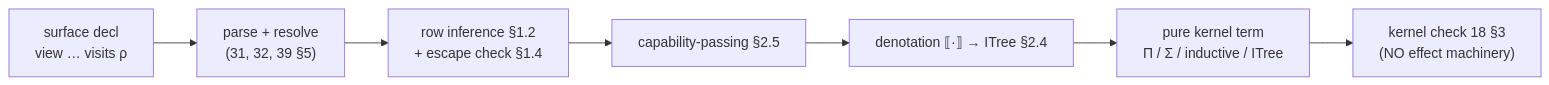
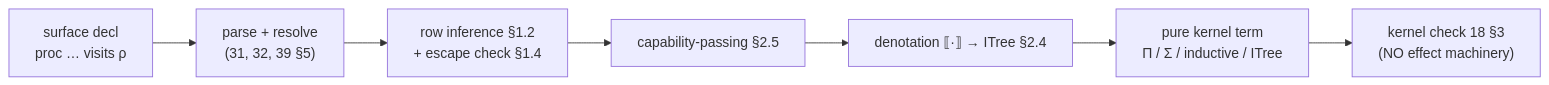
The diagram in spec/30-surface/36-effects.md (ken-topos/ken), drawn with Mermaid before and after one commit. The commit also changed other lines of this file and 5 other files, not shown here.

````diff
--- a/spec/30-surface/36-effects.md
+++ b/spec/30-surface/36-effects.md
@@ -863,9 +1113,9 @@
 ```mermaid
 flowchart LR
-  src["surface decl<br/>view … visits ρ"] --> parse["parse + resolve<br/>(31, 32, 39 §5)"]
+  src["surface decl<br/>proc … visits ρ"] --> parse["parse + resolve<br/>(31, 32, 39 §5)"]
   parse --> rows["row inference §1.2<br/>+ escape check §1.4"]
   rows --> caps["capability-passing §2.5"]
   caps --> den["denotation ⟦·⟧ → ITree §2.4"]
   den --> core["pure kernel term<br/>Π / Σ / inductive / ITree"]
   core --> kc["kernel check 18 §3<br/>(NO effect machinery)"]
 ```
````
